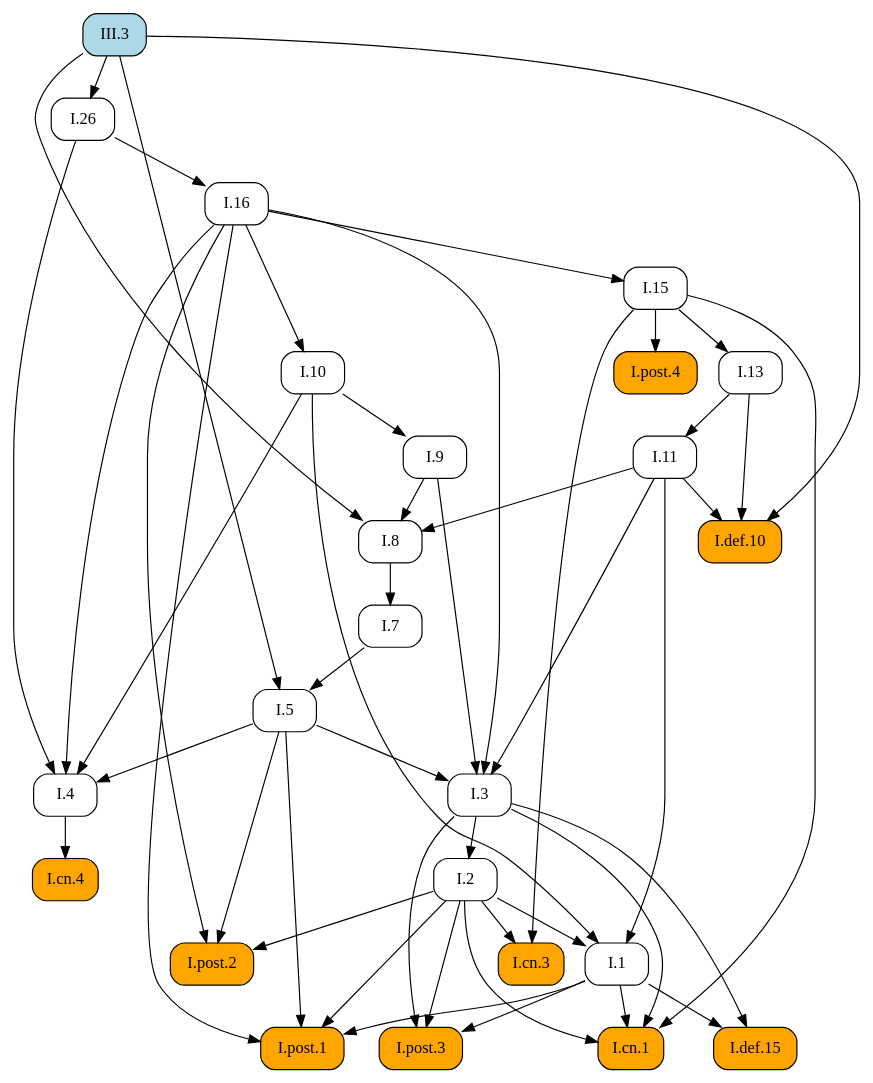
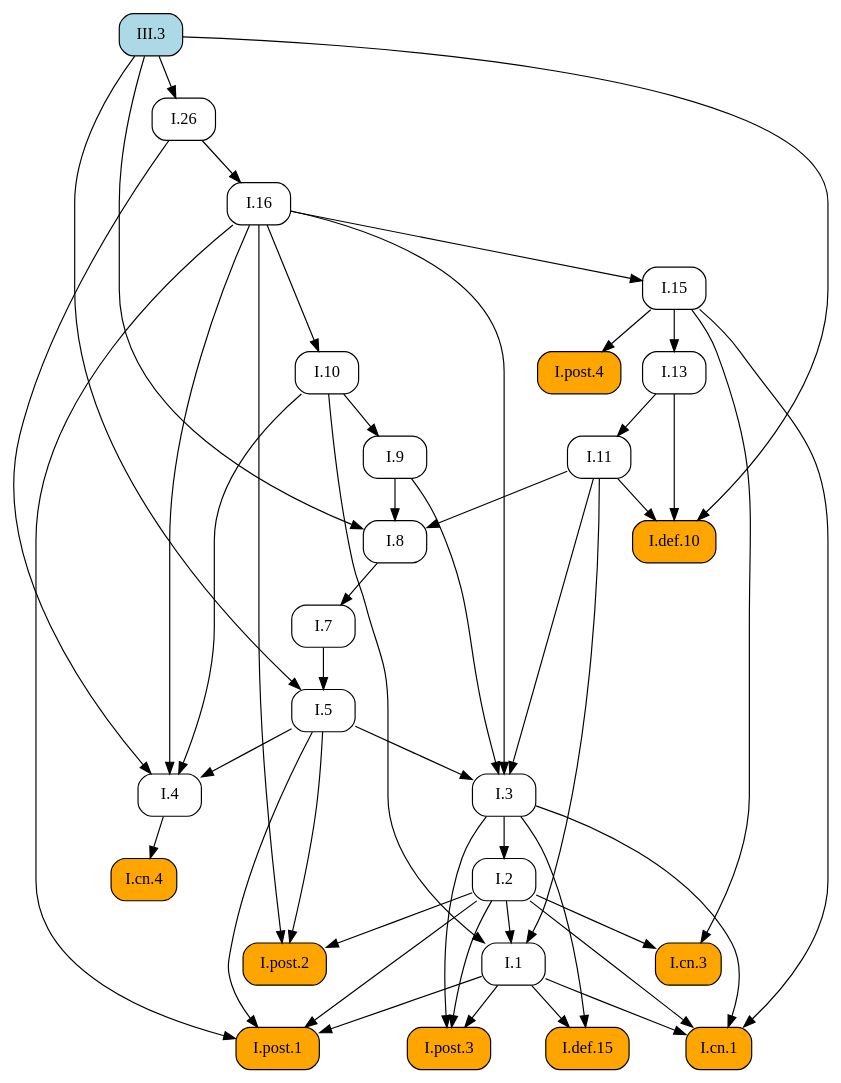
The diagram in docsrc/elements2/III/3/index.rst (geometor/elements), drawn with Graphviz before and after one commit. The commit also changed other lines of this file and 409 other files, not shown here.

First line of the commit message:
feat: Add image cropping and graphic extraction script

```diff
--- a/docsrc/elements2/III/3/index.rst
+++ b/docsrc/elements2/III/3/index.rst
@@ -80,78 +80,78 @@
 .. graphviz::
 
    digraph {
      rankdir="TB";
      node [shape=box, style=rounded];
+     "I.def.15" [style="rounded,filled", fillcolor=orange, URL="/elements2/I/def.15/", target="_top"];
+     "I.def.10" [style="rounded,filled", fillcolor=orange, URL="/elements2/I/def.10/", target="_top"];
+     "I.11" [URL="/elements2/I/11/", target="_top"];
      "I.8" [URL="/elements2/I/8/", target="_top"];
-     "I.post.3" [style="rounded,filled", fillcolor=orange, URL="/elements2/I/post.3/", target="_top"];
-     "I.1" [URL="/elements2/I/1/", target="_top"];
-     "I.cn.4" [style="rounded,filled", fillcolor=orange, URL="/elements2/I/cn.4/", target="_top"];
-     "I.cn.3" [style="rounded,filled", fillcolor=orange, URL="/elements2/I/cn.3/", target="_top"];
-     "I.7" [URL="/elements2/I/7/", target="_top"];
-     "I.post.1" [style="rounded,filled", fillcolor=orange, URL="/elements2/I/post.1/", target="_top"];
-     "I.9" [URL="/elements2/I/9/", target="_top"];
      "I.5" [URL="/elements2/I/5/", target="_top"];
-     "I.cn.1" [style="rounded,filled", fillcolor=orange, URL="/elements2/I/cn.1/", target="_top"];
-     "I.16" [URL="/elements2/I/16/", target="_top"];
-     "I.def.10" [style="rounded,filled", fillcolor=orange, URL="/elements2/I/def.10/", target="_top"];
-     "I.post.4" [style="rounded,filled", fillcolor=orange, URL="/elements2/I/post.4/", target="_top"];
-     "I.13" [URL="/elements2/I/13/", target="_top"];
-     "III.3" [style="rounded,filled", fillcolor=lightblue, URL="/elements2/III/3/", target="_top"];
-     "I.2" [URL="/elements2/I/2/", target="_top"];
-     "I.def.15" [style="rounded,filled", fillcolor=orange, URL="/elements2/I/def.15/", target="_top"];
-     "I.4" [URL="/elements2/I/4/", target="_top"];
-     "I.11" [URL="/elements2/I/11/", target="_top"];
-     "I.10" [URL="/elements2/I/10/", target="_top"];
      "I.15" [URL="/elements2/I/15/", target="_top"];
      "I.3" [URL="/elements2/I/3/", target="_top"];
+     "I.10" [URL="/elements2/I/10/", target="_top"];
+     "I.26" [URL="/elements2/I/26/", target="_top"];
+     "I.cn.1" [style="rounded,filled", fillcolor=orange, URL="/elements2/I/cn.1/", target="_top"];
+     "I.cn.3" [style="rounded,filled", fillcolor=orange, URL="/elements2/I/cn.3/", target="_top"];
+     "I.13" [URL="/elements2/I/13/", target="_top"];
+     "I.post.3" [style="rounded,filled", fillcolor=orange, URL="/elements2/I/post.3/", target="_top"];
+     "I.4" [URL="/elements2/I/4/", target="_top"];
+     "I.7" [URL="/elements2/I/7/", target="_top"];
+     "III.3" [style="rounded,filled", fillcolor=lightblue, URL="/elements2/III/3/", target="_top"];
+     "I.9" [URL="/elements2/I/9/", target="_top"];
+     "I.16" [URL="/elements2/I/16/", target="_top"];
+     "I.post.1" [style="rounded,filled", fillcolor=orange, URL="/elements2/I/post.1/", target="_top"];
+     "I.2" [URL="/elements2/I/2/", target="_top"];
+     "I.cn.4" [style="rounded,filled", fillcolor=orange, URL="/elements2/I/cn.4/", target="_top"];
+     "I.post.4" [style="rounded,filled", fillcolor=orange, URL="/elements2/I/post.4/", target="_top"];
+     "I.1" [URL="/elements2/I/1/", target="_top"];
      "I.post.2" [style="rounded,filled", fillcolor=orange, URL="/elements2/I/post.2/", target="_top"];
-     "I.26" [URL="/elements2/I/26/", target="_top"];
+     "I.1" -> "I.def.15";
+     "I.3" -> "I.def.15";
+     "I.11" -> "I.def.10";
+     "I.13" -> "I.def.10";
+     "III.3" -> "I.def.10";
+     "I.13" -> "I.11";
      "I.9" -> "I.8";
      "I.11" -> "I.8";
      "III.3" -> "I.8";
-     "I.1" -> "I.post.3";
-     "I.2" -> "I.post.3";
-     "I.3" -> "I.post.3";
-     "I.2" -> "I.1";
-     "I.10" -> "I.1";
-     "I.11" -> "I.1";
-     "I.4" -> "I.cn.4";
-     "I.2" -> "I.cn.3";
-     "I.15" -> "I.cn.3";
-     "I.8" -> "I.7";
-     "I.1" -> "I.post.1";
-     "I.2" -> "I.post.1";
-     "I.5" -> "I.post.1";
-     "I.16" -> "I.post.1";
-     "I.10" -> "I.9";
      "I.7" -> "I.5";
      "III.3" -> "I.5";
-     "I.1" -> "I.cn.1";
-     "I.2" -> "I.cn.1";
-     "I.3" -> "I.cn.1";
-     "I.15" -> "I.cn.1";
-     "I.26" -> "I.16";
-     "I.11" -> "I.def.10";
-     "I.13" -> "I.def.10";
-     "III.3" -> "I.def.10";
-     "I.15" -> "I.post.4";
-     "I.15" -> "I.13";
-     "I.3" -> "I.2";
-     "I.1" -> "I.def.15";
-     "I.3" -> "I.def.15";
-     "I.5" -> "I.4";
-     "I.10" -> "I.4";
-     "I.16" -> "I.4";
-     "I.26" -> "I.4";
-     "I.13" -> "I.11";
-     "I.16" -> "I.10";
      "I.16" -> "I.15";
      "I.5" -> "I.3";
      "I.9" -> "I.3";
      "I.11" -> "I.3";
      "I.16" -> "I.3";
+     "I.16" -> "I.10";
+     "III.3" -> "I.26";
+     "I.1" -> "I.cn.1";
+     "I.2" -> "I.cn.1";
+     "I.3" -> "I.cn.1";
+     "I.15" -> "I.cn.1";
+     "I.2" -> "I.cn.3";
+     "I.15" -> "I.cn.3";
+     "I.15" -> "I.13";
+     "I.1" -> "I.post.3";
+     "I.2" -> "I.post.3";
+     "I.3" -> "I.post.3";
+     "I.5" -> "I.4";
+     "I.10" -> "I.4";
+     "I.16" -> "I.4";
+     "I.26" -> "I.4";
+     "I.8" -> "I.7";
+     "I.10" -> "I.9";
+     "I.26" -> "I.16";
+     "I.1" -> "I.post.1";
+     "I.2" -> "I.post.1";
+     "I.5" -> "I.post.1";
+     "I.16" -> "I.post.1";
+     "I.3" -> "I.2";
+     "I.4" -> "I.cn.4";
+     "I.15" -> "I.post.4";
+     "I.2" -> "I.1";
+     "I.10" -> "I.1";
+     "I.11" -> "I.1";
      "I.2" -> "I.post.2";
      "I.5" -> "I.post.2";
      "I.16" -> "I.post.2";
-     "III.3" -> "I.26";
    }
```
